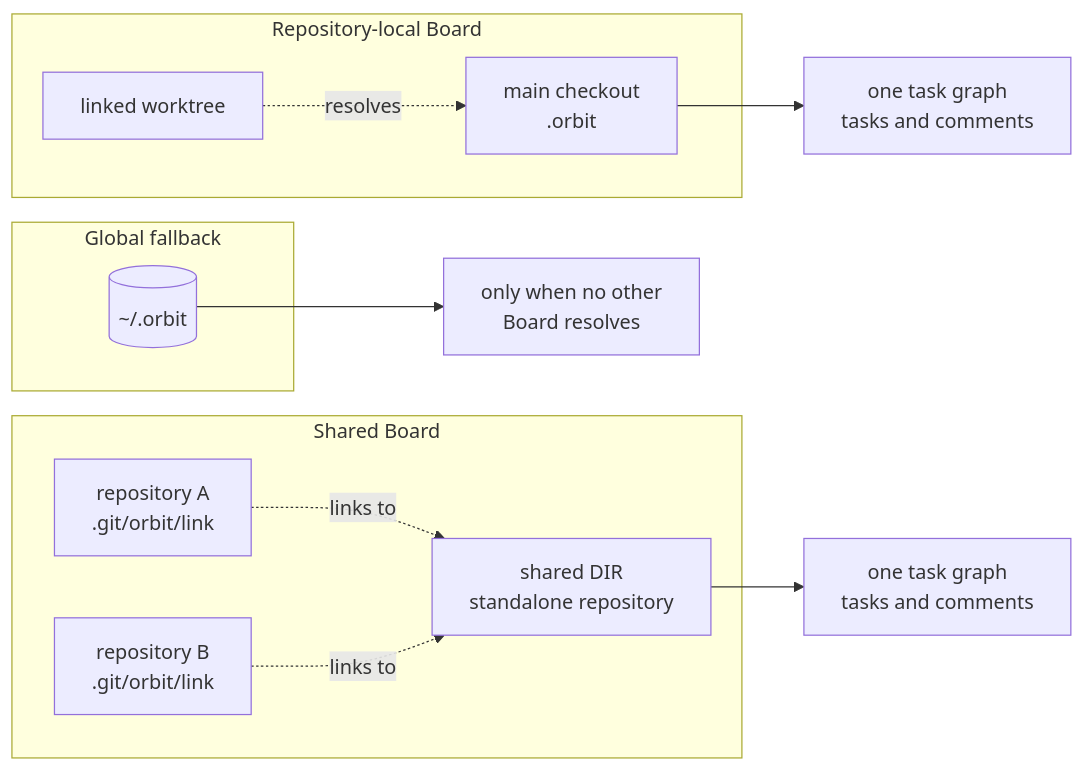
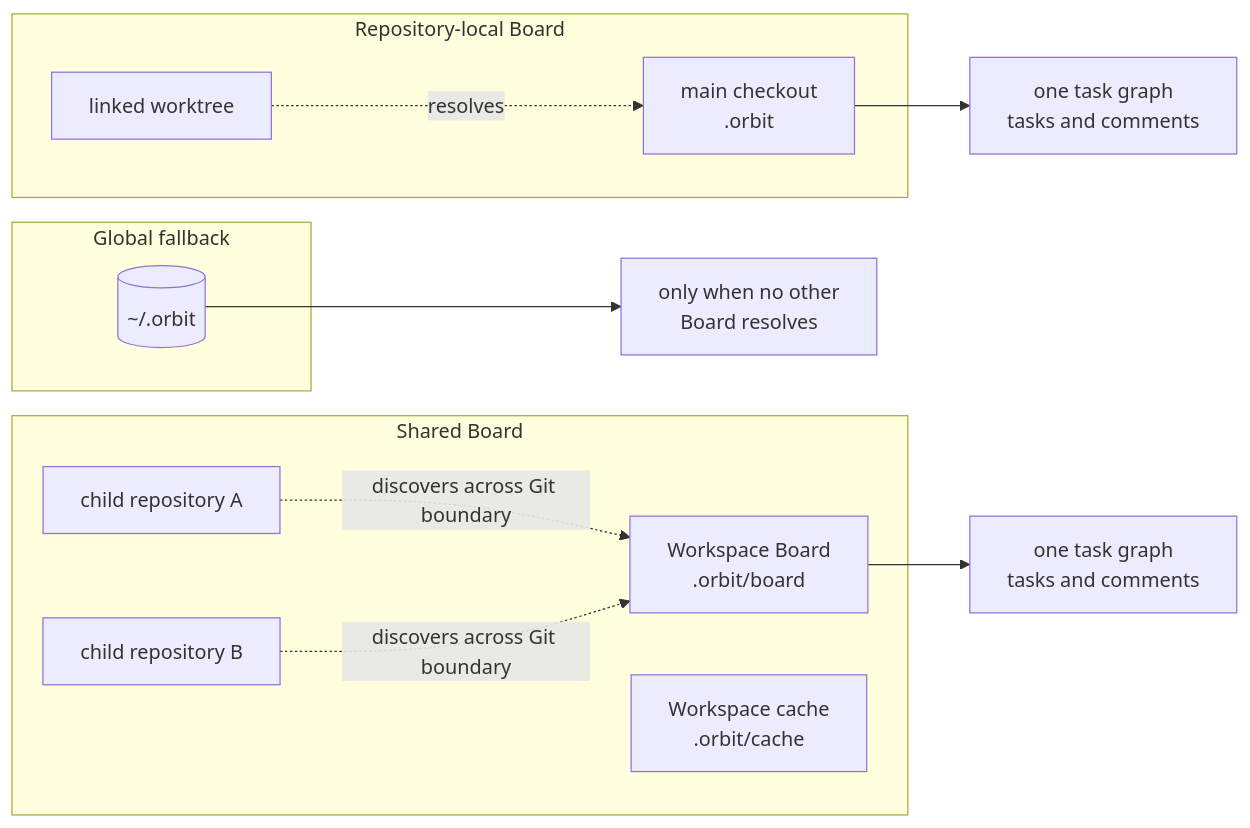
One commit to rcmendes/orbit changed the seventh of 14 diagrams in docs/ARCHITECTURE.md. Above: the diagram before and after it, drawn with Mermaid. The commit also changed other lines of this file and 17 other files, not shown here.

````diff
--- a/docs/ARCHITECTURE.md
+++ b/docs/ARCHITECTURE.md
@@ -467,24 +472,25 @@
 ```mermaid
 flowchart LR
     subgraph Local["Repository-local Board"]
         MAIN["main checkout<br/>.orbit"]
         WT["linked worktree"]
     end
 
     subgraph Shared["Shared Board"]
-        SHARED["shared DIR<br/>standalone repository"]
-        R1["repository A<br/>.git/orbit/link"]
-        R2["repository B<br/>.git/orbit/link"]
+        SHARED["Workspace Board<br/>.orbit/board"]
+        CACHE["Workspace cache<br/>.orbit/cache"]
+        R1["child repository A"]
+        R2["child repository B"]
     end
 
     subgraph Global["Global fallback"]
         GLOBAL[("~/.orbit")]
     end
 
     WT -.->|resolves| MAIN
-    R1 -.->|links to| SHARED
-    R2 -.->|links to| SHARED
+    R1 -.->|discovers across Git boundary| SHARED
+    R2 -.->|discovers across Git boundary| SHARED
     MAIN --> LOCALGRAPH["one task graph<br/>tasks and comments"]
     SHARED --> SHAREDGRAPH["one task graph<br/>tasks and comments"]
     GLOBAL --> GLOBALGRAPH["only when no other<br/>Board resolves"]
 ```
````
